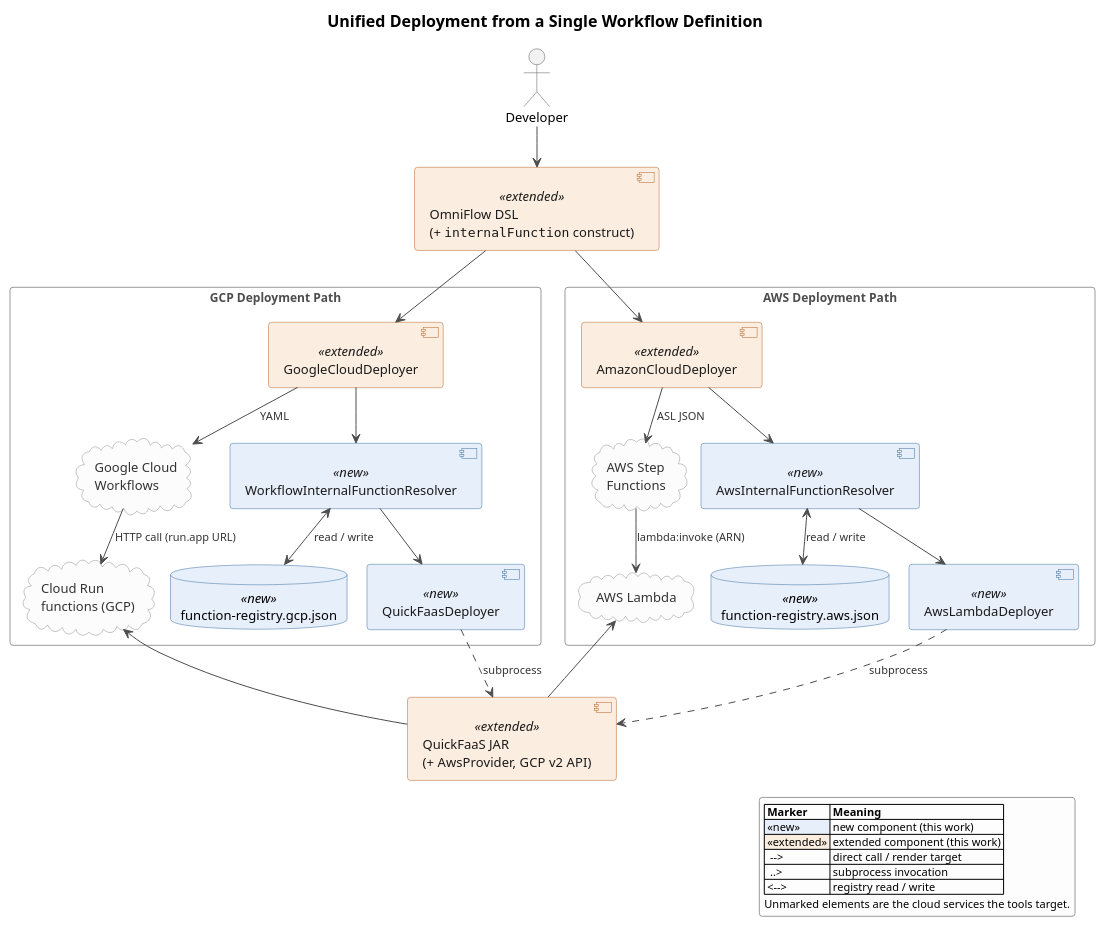
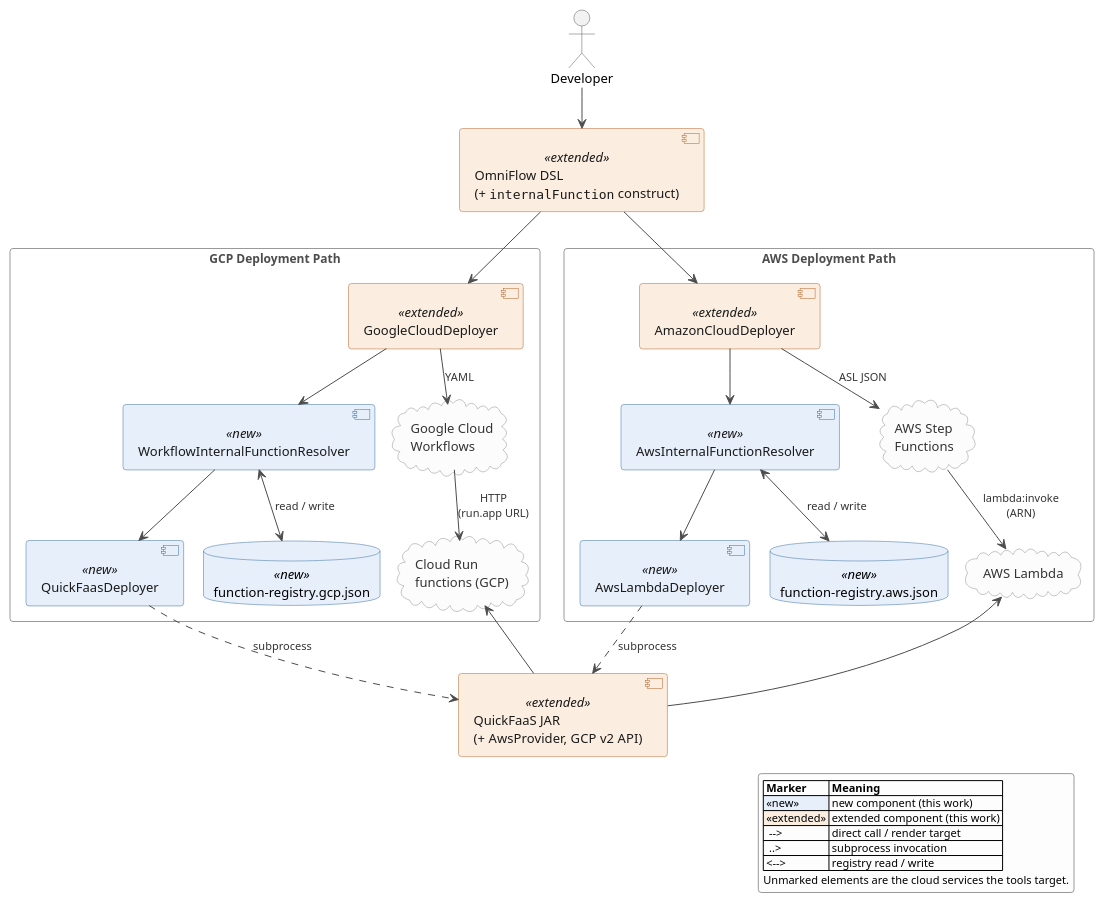
The diagram in diagrams/architecture-after.puml (EngenheiroPedroCarvalho/ISEL-Thesis-2526), drawn with PlantUML before and after one commit. The commit also changed 34 other files, not shown here.

```diff
--- a/diagrams/architecture-after.puml
+++ b/diagrams/architecture-after.puml
@@ -1,123 +1,121 @@
 @startuml architecture-after
 skinparam monochrome false
 skinparam shadowing false
 skinparam roundcorner 6
 skinparam defaultFontName Helvetica
 skinparam defaultFontSize 13
 skinparam titleFontSize 16
 skinparam titleFontStyle bold
 skinparam nodesep 20
 skinparam ranksep 40
 
 skinparam ArrowColor #4D4D4D
 skinparam ArrowFontSize 11
 skinparam ArrowFontColor #333333
 
 skinparam actor {
   BackgroundColor #F2F2F2
   BorderColor #595959
 }
 
 skinparam component {
   BackgroundColor #F7F7F7
   BorderColor #595959
   FontColor #1A1A1A
 }
 skinparam component<<new>> {
   BackgroundColor #E7EFFB
   BorderColor #3B6FA0
   FontColor #1A1A1A
 }
 skinparam component<<extended>> {
   BackgroundColor #FBEEE0
   BorderColor #B4622A
   FontColor #1A1A1A
 }
 
 skinparam database {
   BackgroundColor #ECECEC
   BorderColor #595959
 }
 skinparam database<<new>> {
   BackgroundColor #E7EFFB
   BorderColor #3B6FA0
 }
 
 skinparam cloud {
   BackgroundColor #FCFCFC
   BorderColor #8C8C8C
   FontColor #333333
 }
 
 skinparam rectangle {
   BackgroundColor transparent
   BorderColor #999999
   FontColor #4D4D4D
   FontStyle bold
   FontSize 12
 }
 
 skinparam legend {
   BackgroundColor #FDFDFD
   BorderColor #999999
   FontSize 11
 }
 
-title Unified Deployment from a Single Workflow Definition
-
 actor "Developer" as D2
 component "OmniFlow DSL\n(+ ""internalFunction"" construct)" as DSL2 <<extended>>
 
 rectangle "GCP Deployment Path" {
   component "GoogleCloudDeployer" as GCD2 <<extended>>
   component "WorkflowInternalFunctionResolver" as WIFR <<new>>
   component "QuickFaasDeployer" as QFD <<new>>
   cloud "Google Cloud\nWorkflows" as GCW2
   cloud "Cloud Run\nfunctions (GCP)" as GFN
   database "function-registry.gcp.json" as REGG <<new>>
 }
 
 rectangle "AWS Deployment Path" {
   component "AmazonCloudDeployer" as ACD2 <<extended>>
   component "AwsInternalFunctionResolver" as AIFR <<new>>
   component "AwsLambdaDeployer" as ALD <<new>>
   cloud "AWS Step\nFunctions" as SF2
   cloud "AWS Lambda" as LAM
   database "function-registry.aws.json" as REGA <<new>>
 }
 
 component "QuickFaaS JAR\n(+ AwsProvider, GCP v2 API)" as JAR <<extended>>
 
 D2 --> DSL2
 DSL2 --> GCD2
 DSL2 --> ACD2
 
 GCD2 --> WIFR
 ACD2 --> AIFR
 WIFR <--> REGG : read / write
 AIFR <--> REGA : read / write
 
 WIFR --> QFD
 AIFR --> ALD
 QFD ..> JAR : subprocess
 ALD ..> JAR : subprocess
 
-JAR --> GFN
-JAR --> LAM
+GFN <-- JAR
+LAM <-- JAR
 
 GCD2 --> GCW2 : YAML
 ACD2 --> SF2 : ASL JSON
-GCW2 --> GFN : HTTP call (run.app URL)
-SF2 --> LAM : lambda:invoke (ARN)
+GCW2 --> GFN : HTTP\n(run.app URL)
+SF2 --> LAM : lambda:invoke\n(ARN)
 
-legend right
+legend bottom right
   |= Marker |= Meaning |
   |<#E7EFFB> «new» | new component (this work) |
   |<#FBEEE0> «extended» | extended component (this work) |
   |  --> | direct call / render target |
   |  ..> | subprocess invocation |
   | <--> | registry read / write |
   Unmarked elements are the cloud services the tools target.
 endlegend
 
 @enduml
```
